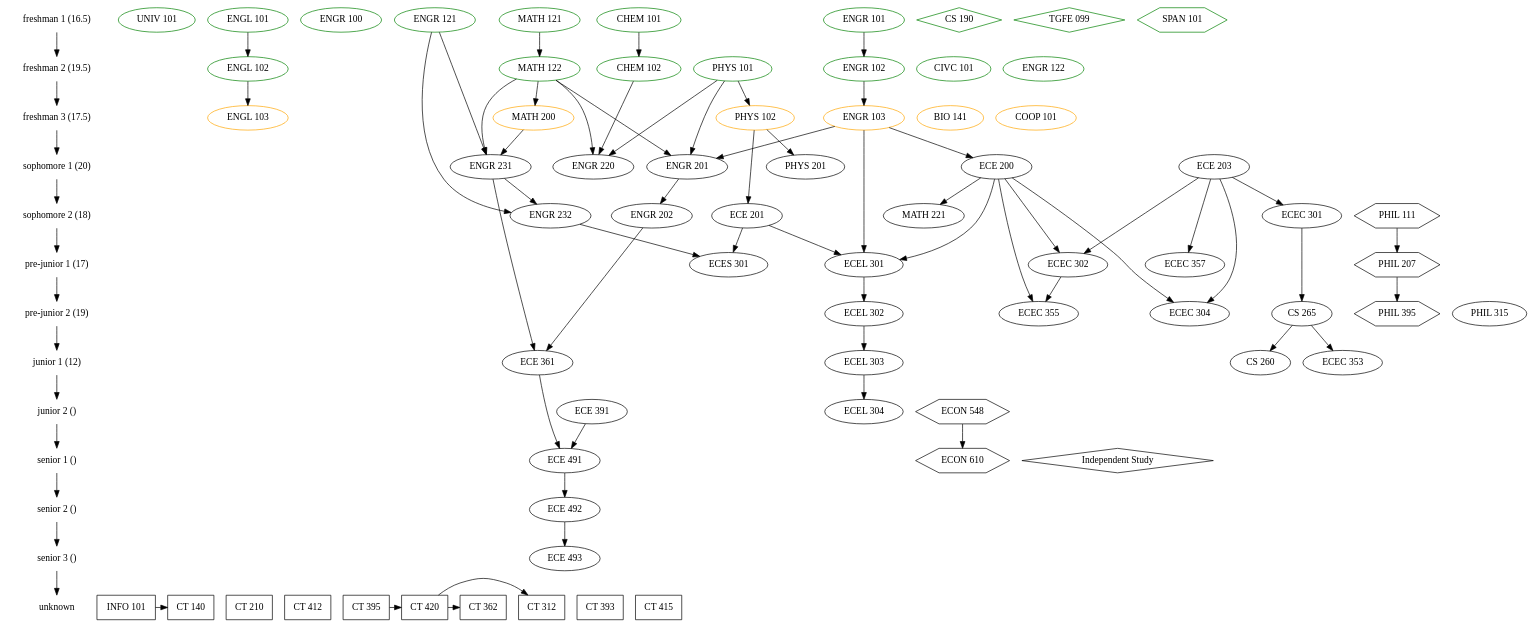
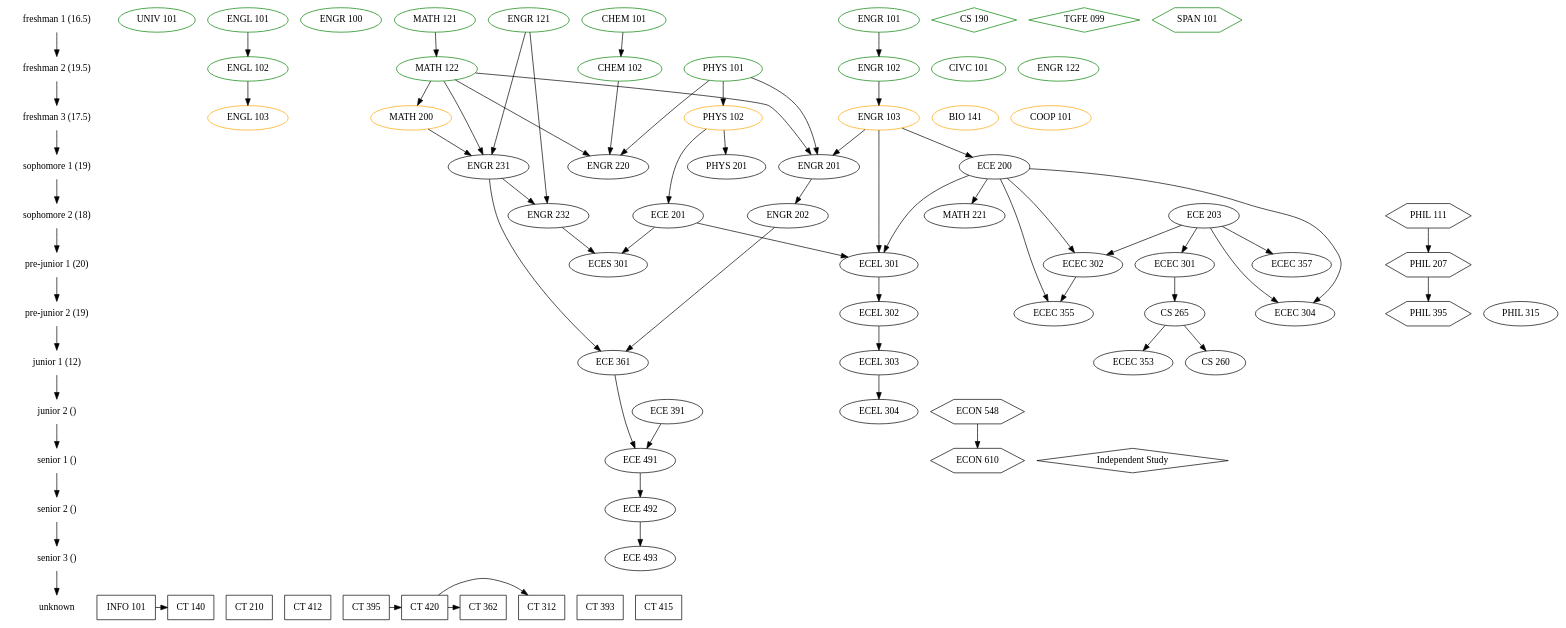
The diagram in classes.gv (Theodus/coursework), drawn with Graphviz before and after one commit.

Commit message:
rework major requirements

```diff
--- a/classes.gv
+++ b/classes.gv
@@ -1,182 +1,182 @@
 /* Key:
 
 color:
 green = already taken
 orange = currently taking
 black = not taken
 
 shape:
 ellipse = fixed major degree requirement
 diamond = free elective
 hexagon = general education elective
 box = minor degree requirement
 
 */
 
 digraph Classes {
 
   { node [shape=plaintext]
     "freshman 1 (16.5)" ->
     "freshman 2 (19.5)" ->
     "freshman 3 (17.5)" ->
-    "sophomore 1 (20)" ->
+    "sophomore 1 (19)" ->
     "sophomore 2 (18)" ->
-    "pre-junior 1 (17)" ->
+    "pre-junior 1 (20)" ->
     "pre-junior 2 (19)" ->
     "junior 1 (12)" ->
     "junior 2 ()" ->
     "senior 1 ()" ->
     "senior 2 ()" ->
     "senior 3 ()" ->
     "unknown"
   }
 
   { node [color=green]
     { rank=same "freshman 1 (16.5)"
       "UNIV 101"
       "ENGL 101"
       "ENGR 100"
       "CHEM 101"
       "ENGR 101"
       "ENGR 121"
       "MATH 121"
 
       // AP Credit
       "CS 190" [shape=diamond]
       "TGFE 099" [shape=diamond]
       "SPAN 101" [shape=hexagon]
     }
     { rank=same "freshman 2 (19.5)"
       "CIVC 101"
       "ENGL 102"
       "CHEM 102"
       "ENGR 102"
       "ENGR 122"
       "MATH 122"
       "PHYS 101"
     }
   }
   { node [color=orange]
     { rank=same "freshman 3 (17.5)"
       "ENGL 103"
       "ENGR 103"
       "BIO 141"
       "COOP 101"
       "PHYS 102"
       "MATH 200"
     }
   }
-  { rank=same "sophomore 1 (20)"
+  { rank=same "sophomore 1 (19)"
     "ENGR 231"
     "PHYS 201"
     "ENGR 220"
     "ECE 200"
     "ENGR 201"
-    "ECE 203"
   }
   { rank=same "sophomore 2 (18)"
     "ENGR 232"
     "MATH 221"
     "ECE 201"
+    "ECE 203"
     "ENGR 202"
-    "ECEC 301"
     "PHIL 111" [shape=hexagon]
   }
-  { rank=same "pre-junior 1 (17)"
+  { rank=same "pre-junior 1 (20)"
+    "ECEC 301"
     "ECES 301"
     "ECEC 302"
     "ECEL 301"
     "ECEC 357"
     "PHIL 207" [shape=hexagon]
   }
   { rank=same "pre-junior 2 (19)"
     "ECEC 304"
     "ECEC 355"
     "ECEL 302"
     "PHIL 315"
     "CS 265"
     "PHIL 395" [shape=hexagon]
   }
   { rank=same "junior 1 (12)"
     "ECEL 303"
     "ECE 361"
     "ECEC 353"
     "CS 260"
   }
   { rank=same "junior 2 ()"
     "ECEL 304"
     "ECE 391"
     "ECON 548" [shape=hexagon]
   }
   { rank=same "senior 1 ()"
     "ECE 491"
     "ECON 610" [shape=hexagon]
     "Independent Study" [shape=diamond]
   }
   { rank=same "senior 2 ()"
     "ECE 492"
   }
   { rank=same "senior 3 ()"
     "ECE 493"
   }
   { rank=same "unknown"
     "INFO 101" [shape=box]
     "CT 140" [shape=box]
     "CT 210" [shape=box]
     "CT 412" [shape=box]
     "CT 395" [shape=box]
     "CT 393" [shape=box]
     "CT 415" [shape=box]
     "CT 420" [shape=box]
     "CT 312" [shape=box]
     "CT 362" [shape=box]
   }
 
   // General Education/Liberal Studies
 
   "CIVC 101"
   "ENGL 101" -> "ENGL 102" -> "ENGL 103"
   "PHIL 315"
   "UNIV 101"
 
   "PHIL 111" -> "PHIL 207" -> "PHIL 395"
   "ECON 548" -> "ECON 610"
 
   // Foundation Requirements
 
   "BIO 141"
   "CHEM 101" -> "CHEM 102"
   "PHYS 101" -> "PHYS 102" -> "PHYS 201"
   "PHYS 102" -> "ECE 201"
   "MATH 121" -> "MATH 122" -> "MATH 200" -> "ENGR 231"
   "ENGR 101" -> "ENGR 102" -> "ENGR 103" -> "ECE 200" -> "MATH 221"
   "ECE 203"
   {"MATH 122" "PHYS 101" "ENGR 103"} -> "ENGR 201" -> "ENGR 202"
   {"CHEM 102" "MATH 122" "PHYS 101"} -> "ENGR 220"
   {"MATH 122" "ENGR 121"} -> "ENGR 231"
   {"ENGR 231" "ENGR 121"} -> "ENGR 232"
 
   // Professional Requirements
 
   "ECE 203" -> "ECEC 301" -> "CS 265" -> "CS 260"
   {"ENGR 202" "ENGR 231"} -> "ECE 361"
   {"ECE 391" "ECE 361"} -> "ECE 491" -> "ECE 492" -> "ECE 493"
   {"ECE 203" "ECE 200"} -> "ECEC 302"
   {"ECE 200" "ECE 203"} -> "ECEC 304"
   "CS 265" -> "ECEC 353"
   {"ECE 200" "ECEC 302"} -> "ECEC 355"
   "ECE 203" -> "ECEC 357"
   {"ENGR 103" "ECE 200" "ECE 201"} -> 
     "ECEL 301" -> "ECEL 302" -> "ECEL 303" -> "ECEL 304"
   {"ENGR 232" "ECE 201"} -> "ECES 301"
 
   // Minor in Security Technology
 
   "INFO 101" -> "CT 140"
   "CT 210"
   "CT 412"
   "CT 395" -> "CT 420" -> "CT 312"
   "CT 420" -> "CT 362"
   "CT 393"
   "CT 415"
 }
```
